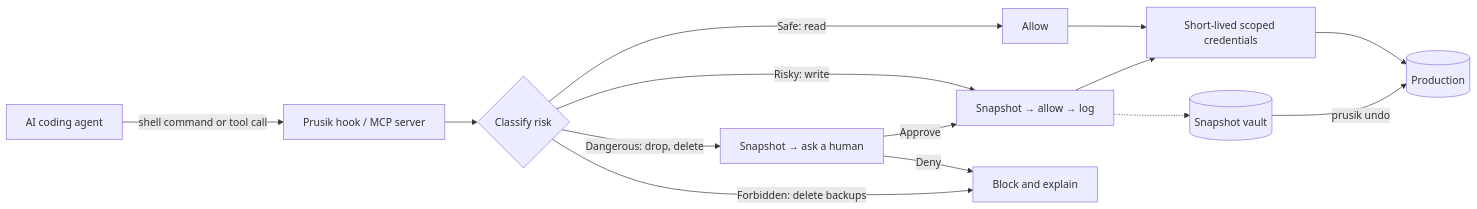
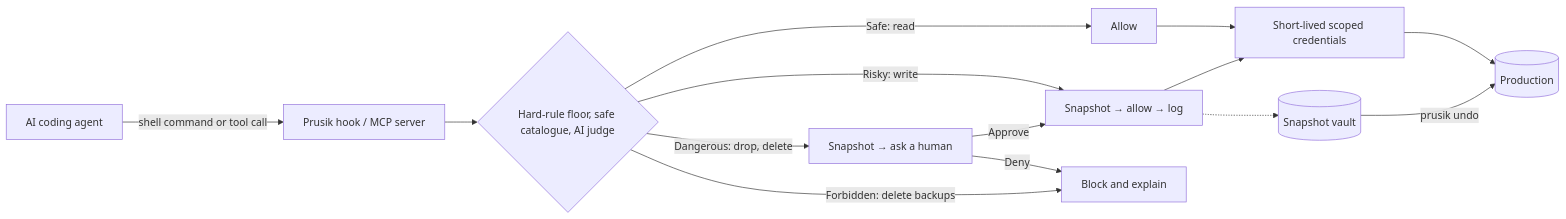
Before and after one commit to momoElbn/prusik: the diagram in README.md, drawn with Mermaid. The commit also changed other lines of this file, not shown here.

Commit message:
docs(readme): zero-config setup, AI judge with Ollama or cloud models, safe-command catalogue

````diff
--- a/README.md
+++ b/README.md
@@ -40,16 +42,16 @@
 ```mermaid
 flowchart LR
     A[AI coding agent] -->|shell command or tool call| H[Prusik hook / MCP server]
-    H --> C{Classify risk}
+    H --> C{Hard-rule floor, safe catalogue, AI judge}
     C -->|Safe: read| OK[Allow]
     C -->|Risky: write| S[Snapshot → allow → log]
     C -->|Dangerous: drop, delete| Q[Snapshot → ask a human]
     C -->|Forbidden: delete backups| X[Block and explain]
     Q -->|Approve| S
     Q -->|Deny| X
     OK --> K[Short-lived scoped credentials]
     S --> K
     K --> P[(Production)]
     S -.-> V[(Snapshot vault)]
     V -->|prusik undo| P
 ```
````
